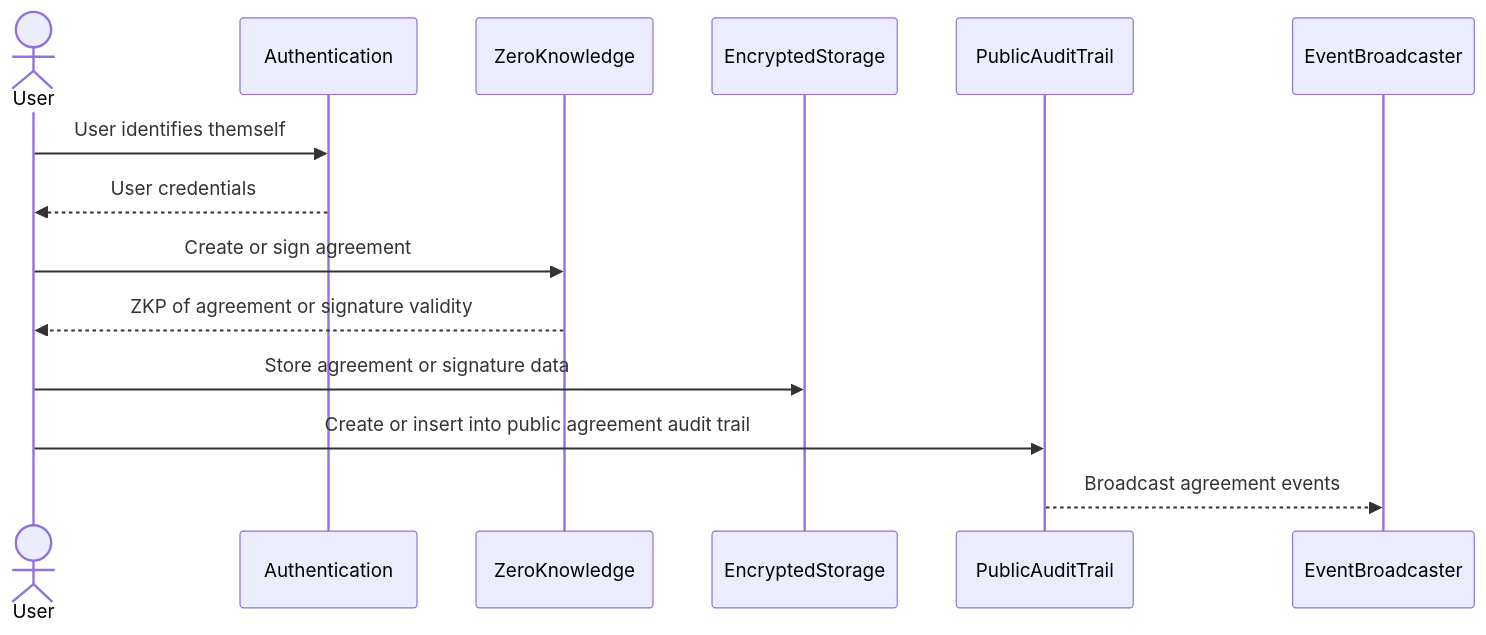
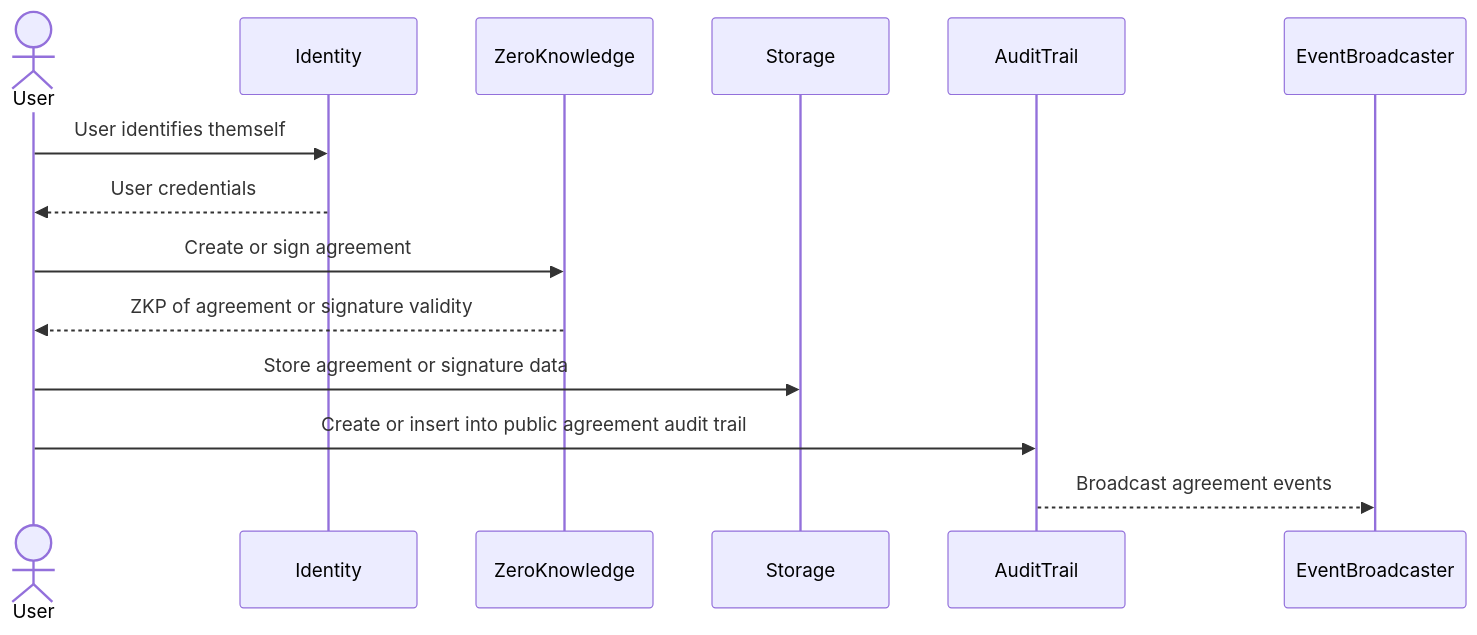
One commit to zksig/docs changed the first of 4 diagrams in docs/index.md. Above: the diagram before and after it, drawn with Mermaid. The commit also changed other lines of this file, not shown here.

Commit message:
update diagram modules

````diff
--- a/docs/index.md
+++ b/docs/index.md
@@ -26,20 +27,20 @@
 ```mermaid
 sequenceDiagram
   actor User
-  participant Authentication
+  participant Identity
   participant ZeroKnowledge
-  participant EncryptedStorage
-  participant PublicAuditTrail
+  participant Storage
+  participant AuditTrail
   participant EventBroadcaster
 
-  User ->> Authentication: User identifies themself
-  Authentication -->> User: User credentials
+  User ->> Identity: User identifies themself
+  Identity -->> User: User credentials
 
   User ->> ZeroKnowledge: Create or sign agreement
   ZeroKnowledge -->> User: ZKP of agreement or signature validity
 
-  User ->> EncryptedStorage: Store agreement or signature data
+  User ->> Storage: Store agreement or signature data
 
-  User ->> PublicAuditTrail: Create or insert into public agreement audit trail
-  PublicAuditTrail -->> EventBroadcaster: Broadcast agreement events
+  User ->> AuditTrail: Create or insert into public agreement audit trail
+  AuditTrail -->> EventBroadcaster: Broadcast agreement events
 ```
````
